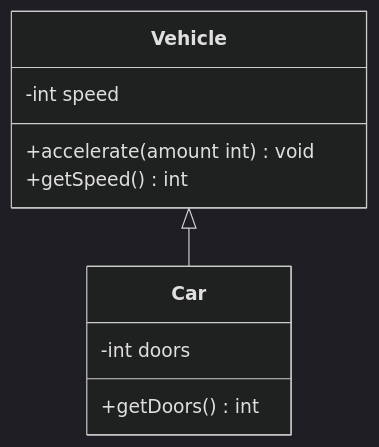
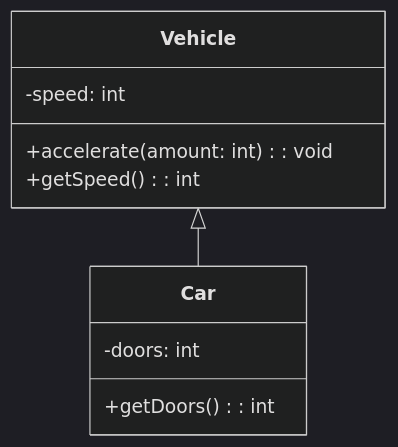
Before and after one commit to ProfesorPermuta/web-cd: the second of 5 diagrams in src/pages/tema-3/f-herencia-y-realizacion.md, drawn with Mermaid (dark theme). The commit also changed other lines of this file and 6 other files, not shown here.

First line of the commit message:
Tema 3: guías de Mermaid y ejercicios de diseño sin código

````diff
--- a/src/pages/tema-3/f-herencia-y-realizacion.md
+++ b/src/pages/tema-3/f-herencia-y-realizacion.md
@@ -27,13 +42,13 @@
 ```mermaid
 classDiagram
     class Vehicle {
-        -int speed
-        +accelerate(amount int) void
-        +getSpeed() int
+        -speed: int
+        +accelerate(amount: int): void
+        +getSpeed(): int
     }
     class Car {
-        -int doors
-        +getDoors() int
+        -doors: int
+        +getDoors(): int
     }
     Vehicle <|-- Car
 ```
````
